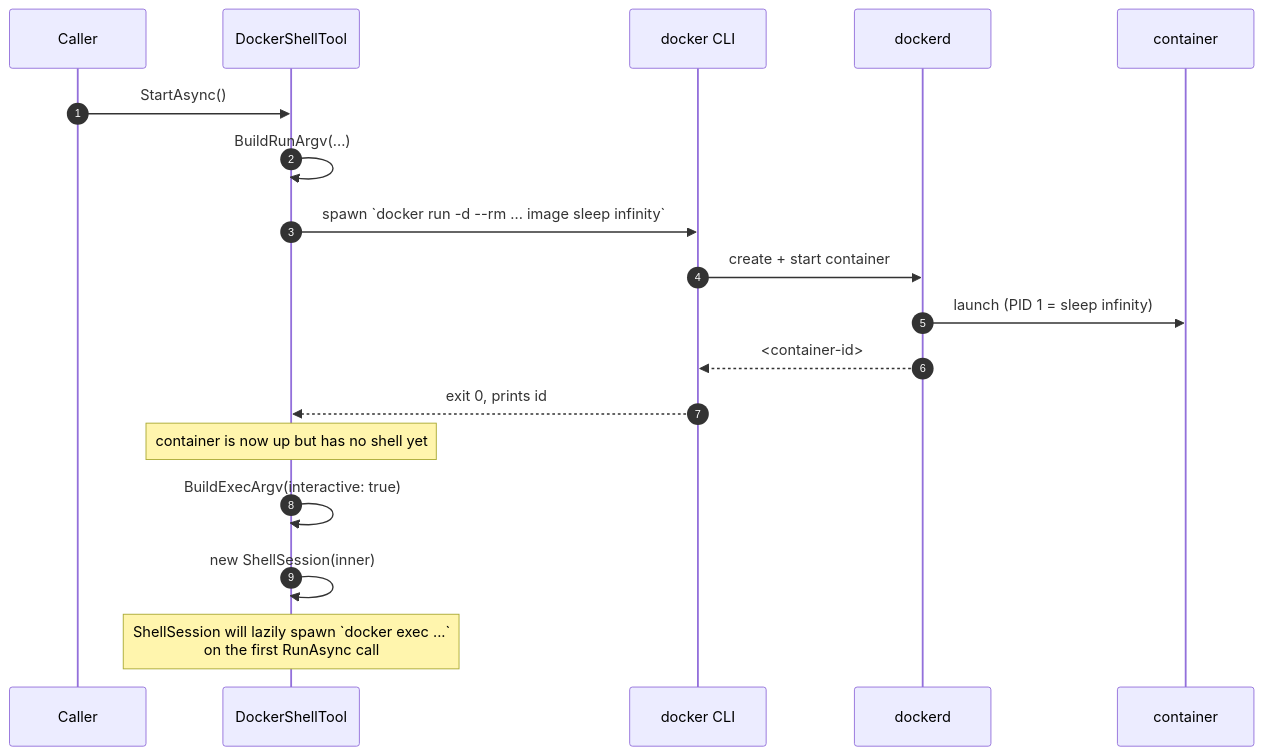
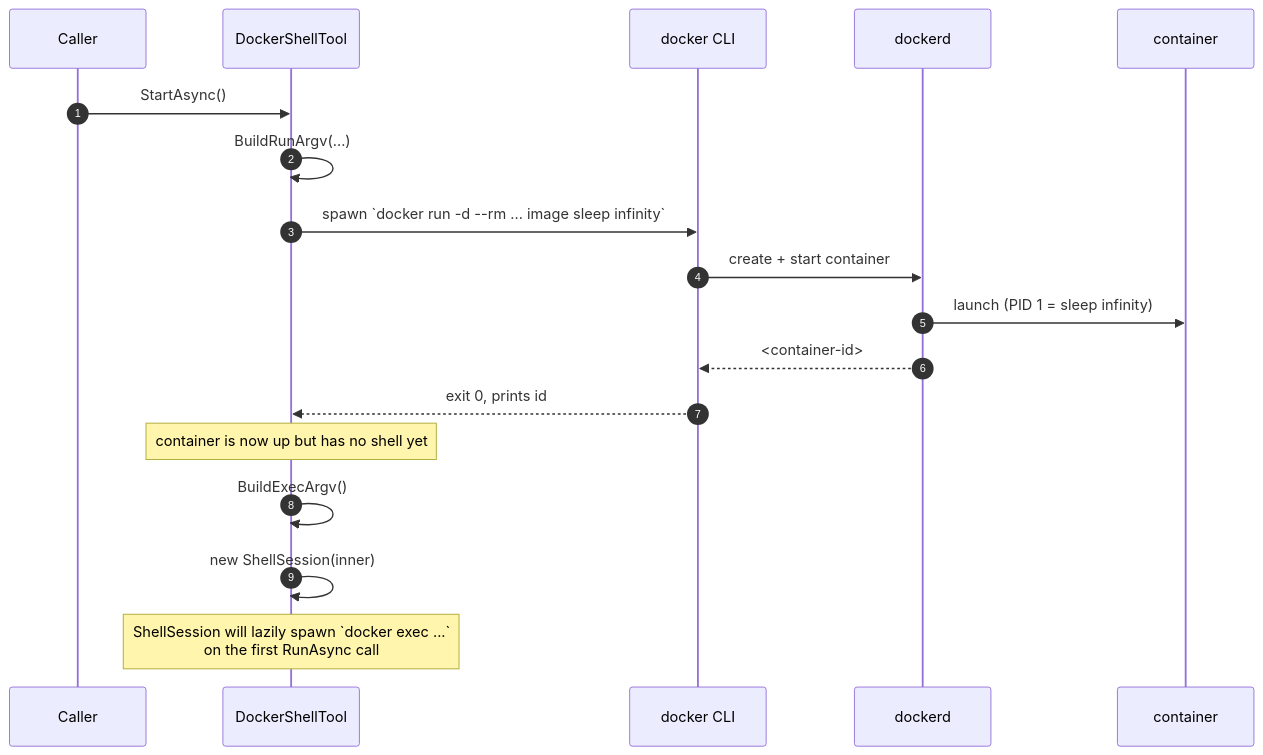
One commit to microsoft/agent-framework changed the second of 6 diagrams in dotnet/src/Microsoft.Agents.AI.Tools.Shell/docs/docker-shell-tool.md. Above: the diagram before and after it, drawn with Mermaid. The commit also changed 2 other files, not shown here.

First paragraph of the commit message:
.Net: DockerShellTool design + caller-cancel container leak fixes (PR #5604)
Addresses three Copilot review findings on PR #5604.

````diff
--- a/dotnet/src/Microsoft.Agents.AI.Tools.Shell/docs/docker-shell-tool.md
+++ b/dotnet/src/Microsoft.Agents.AI.Tools.Shell/docs/docker-shell-tool.md
@@ -107,23 +107,23 @@
 ```mermaid
 sequenceDiagram
     autonumber
     participant Caller
     participant Tool as DockerShellTool
     participant Cli as docker CLI
     participant Daemon as dockerd
     participant Ctr as container
 
     Caller->>Tool: StartAsync()
     Tool->>Tool: BuildRunArgv(...)
     Tool->>Cli: spawn `docker run -d --rm ... image sleep infinity`
     Cli->>Daemon: create + start container
     Daemon->>Ctr: launch (PID 1 = sleep infinity)
     Daemon-->>Cli: <container-id>
     Cli-->>Tool: exit 0, prints id
 
     Note over Tool: container is now up but has no shell yet
 
-    Tool->>Tool: BuildExecArgv(interactive: true)
+    Tool->>Tool: BuildExecArgv()
     Tool->>Tool: new ShellSession(inner)
     Note over Tool: ShellSession will lazily spawn `docker exec ...`<br/>on the first RunAsync call
 ```
````
